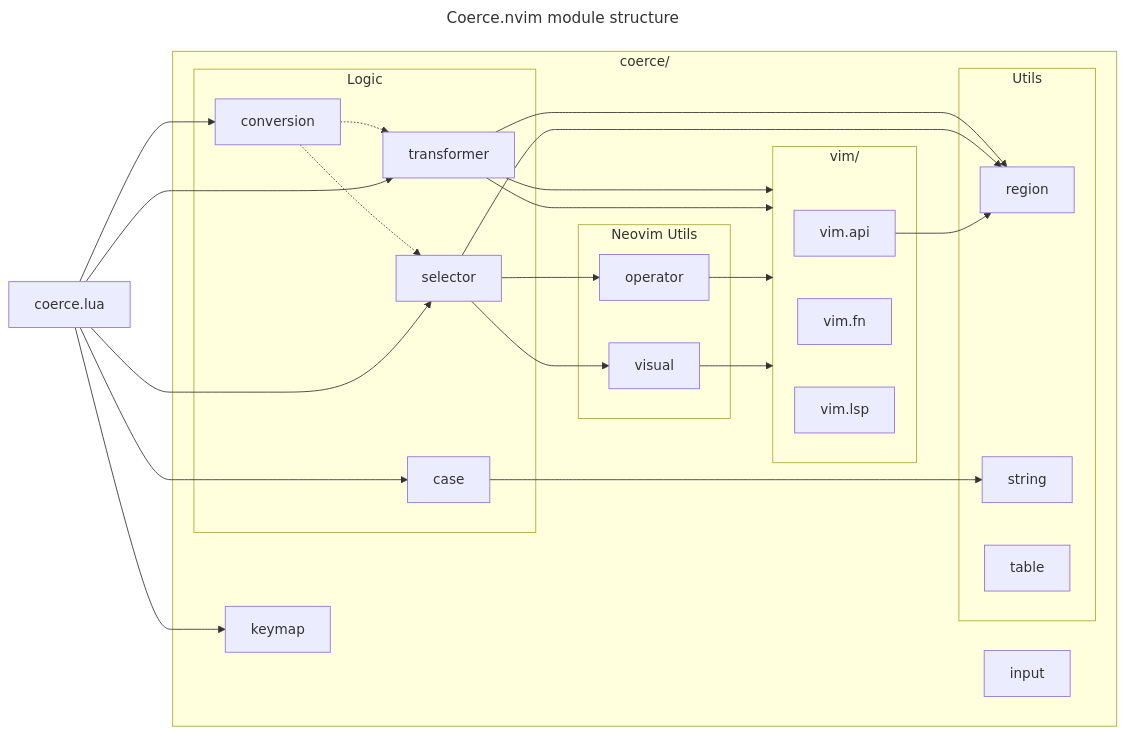
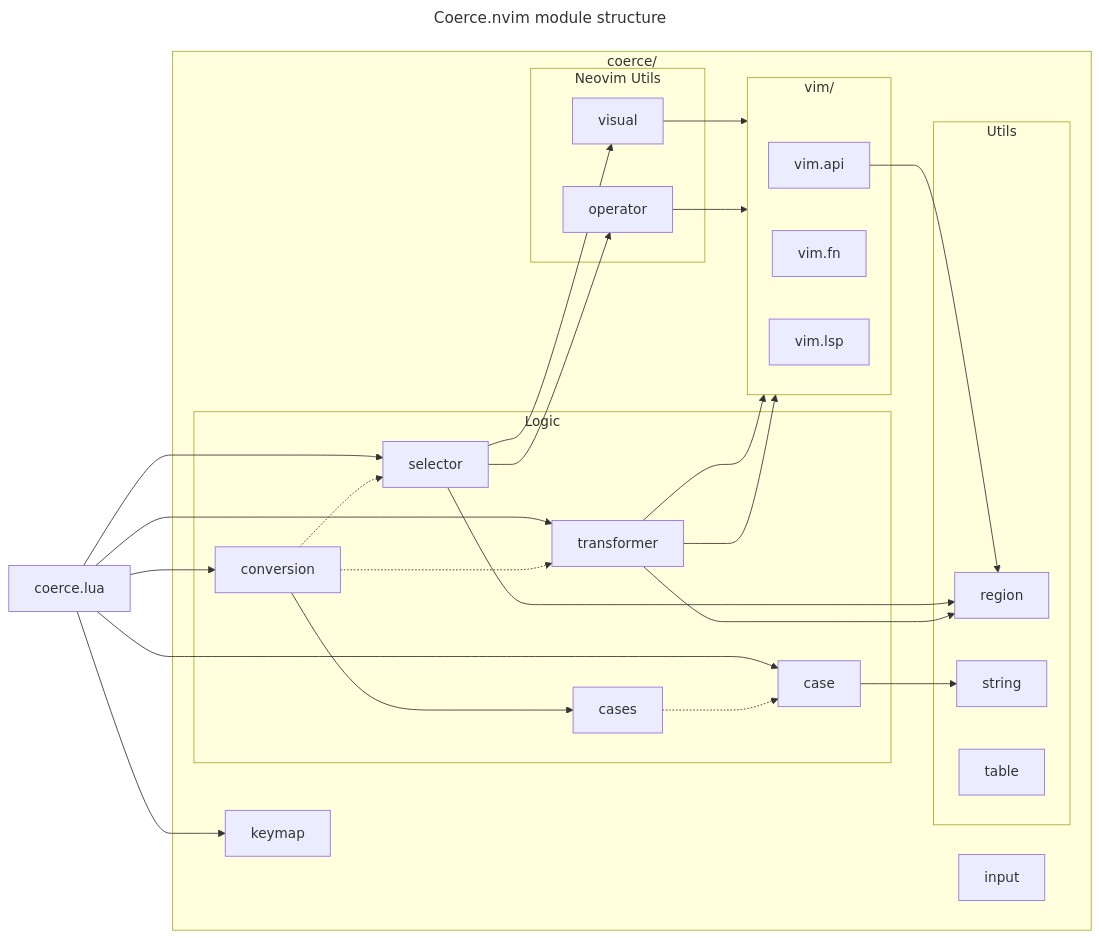
One commit to gregorias/coerce.nvim changed the second of 2 diagrams in DEV.md. Above: the diagram before and after it, drawn with Mermaid. The commit also changed 5 other files, not shown here.

````diff
--- a/DEV.md
+++ b/DEV.md
@@ -95,56 +95,58 @@
 ```mermaid
 ---
 title: Coerce.nvim module structure
 ---
 graph LR
   coerce[coerce.lua]
 
   subgraph "coerce/"
     input
     keymap[keymap]
 
     subgraph "Logic"
       case
+      cases -.-> case
       transformer
       conversion -.-> selector
+      conversion ---> cases
       conversion -.-> transformer
     end
 
     subgraph "Utils"
       region
       string
       table
     end
 
     subgraph "Neovim Utils"
       operator
       visual
     end
 
     subgraph "vim" [vim/]
       vim-api[vim.api]
       vim-fn[vim.fn]
       vim-lsp[vim.lsp]
     end
 
     case --> string
     transformer --> region
     selector --> region
 
     selector --> operator
     selector --> visual
 
     transformer --> vim
     transformer --> vim
     operator --> vim
     visual --> vim
   end
 
   coerce --> case
   coerce --> selector
   coerce --> transformer
   coerce --> keymap
   coerce --> conversion
 
   vim-api --> region
 ```
````
